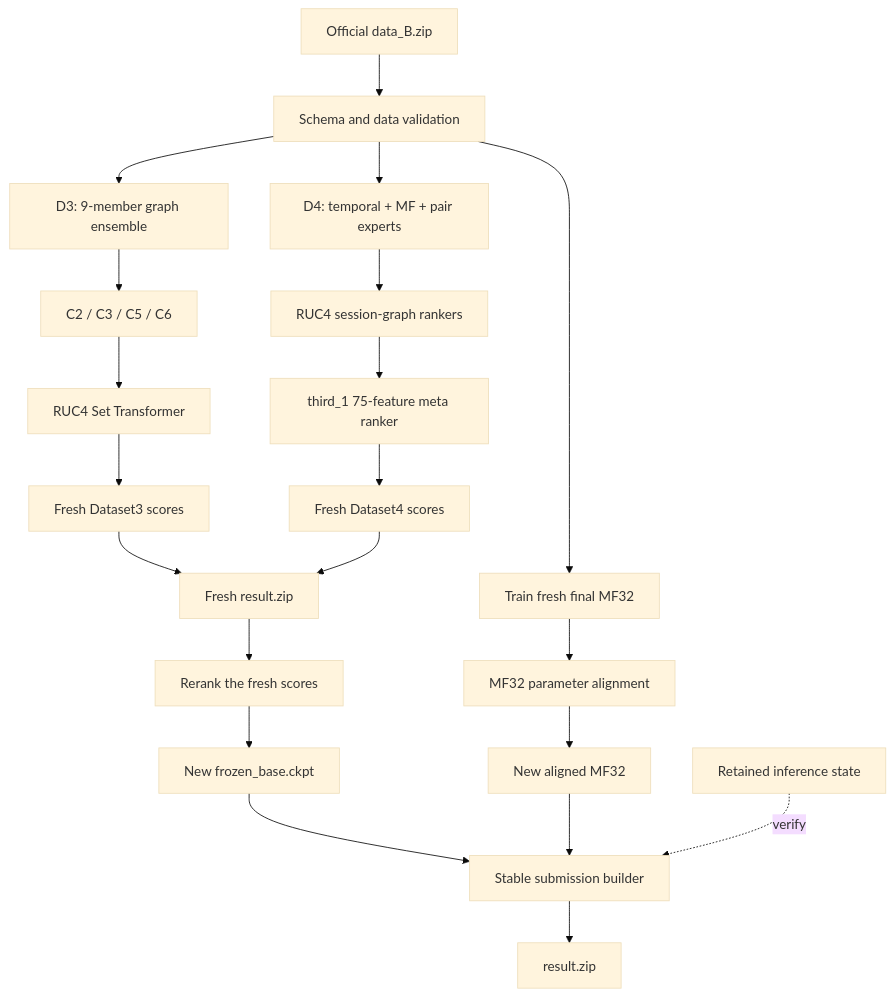
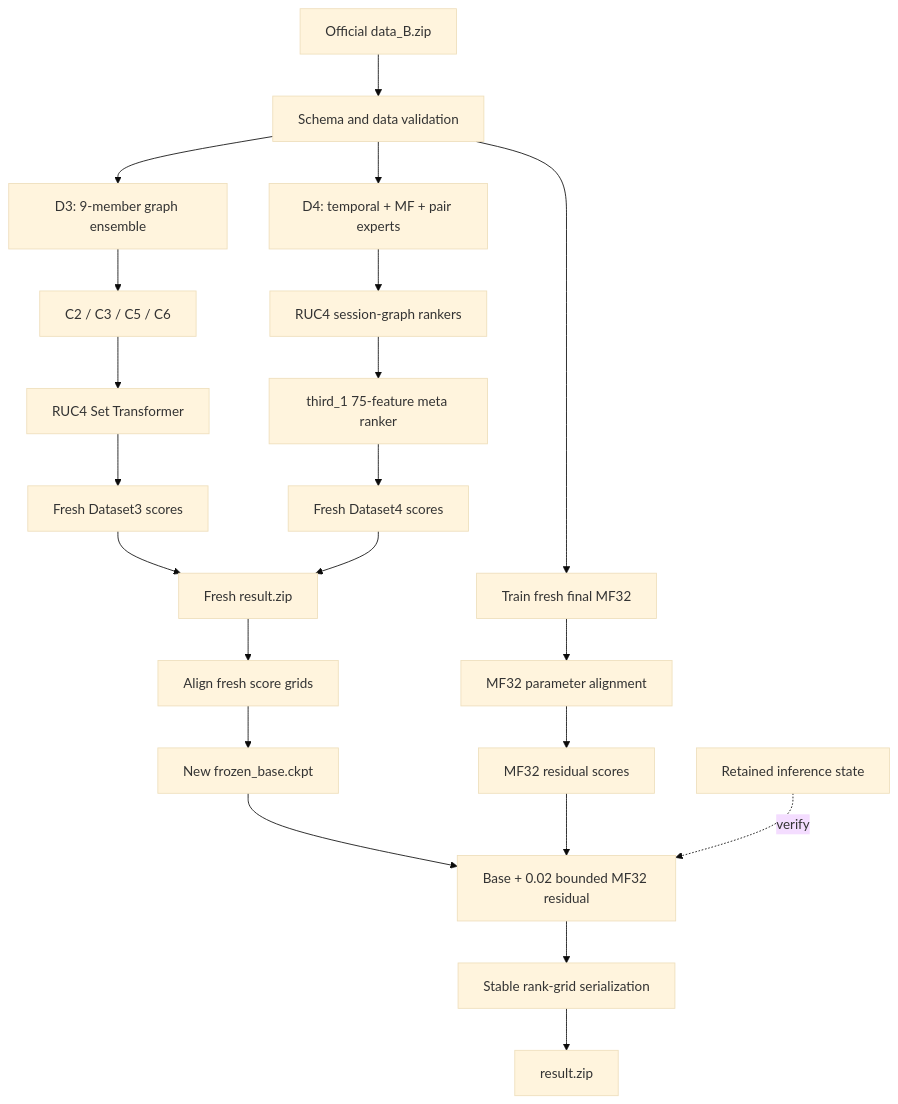
The first of 3 diagrams in B/README.md (laoshan-song/jittor-sader-jituai), drawn with Mermaid (base theme) before and after one commit. The commit also changed other lines of this file and 3 other files, not shown here.

````diff
--- a/B/README.md
+++ b/B/README.md
@@ -76,27 +76,28 @@
 ```mermaid
 flowchart TB
     A["Official data_B.zip"] --> V["Schema and data validation"]
 
     V --> D3A["D3: 9-member graph ensemble"]
     D3A --> D3B["C2 / C3 / C5 / C6"]
     D3B --> D3C["RUC4 Set Transformer"]
     D3C --> D3F["Fresh Dataset3 scores"]
 
     V --> D4A["D4: temporal + MF + pair experts"]
     D4A --> D4B["RUC4 session-graph rankers"]
     D4B --> D4C["third_1 75-feature meta ranker"]
     D4C --> D4F["Fresh Dataset4 scores"]
 
     V --> MF["Train fresh final MF32"]
     D3F --> F["Fresh result.zip"]
     D4F --> F
-    F --> L["Rerank the fresh scores"]
+    F --> L["Align fresh score grids"]
     L --> B["New frozen_base.ckpt"]
     MF --> M["MF32 parameter alignment"]
-    M --> Q["New aligned MF32"]
-    B --> S["Stable submission builder"]
-    Q --> S
+    M --> Q["MF32 residual scores"]
+    B --> R["Base + 0.02 bounded MF32 residual"]
+    Q --> R
+    R --> S["Stable rank-grid serialization"]
 
-    R["Retained inference state"] -. verify .-> S
+    K["Retained inference state"] -. verify .-> R
     S --> Z["result.zip"]
 ```
````
